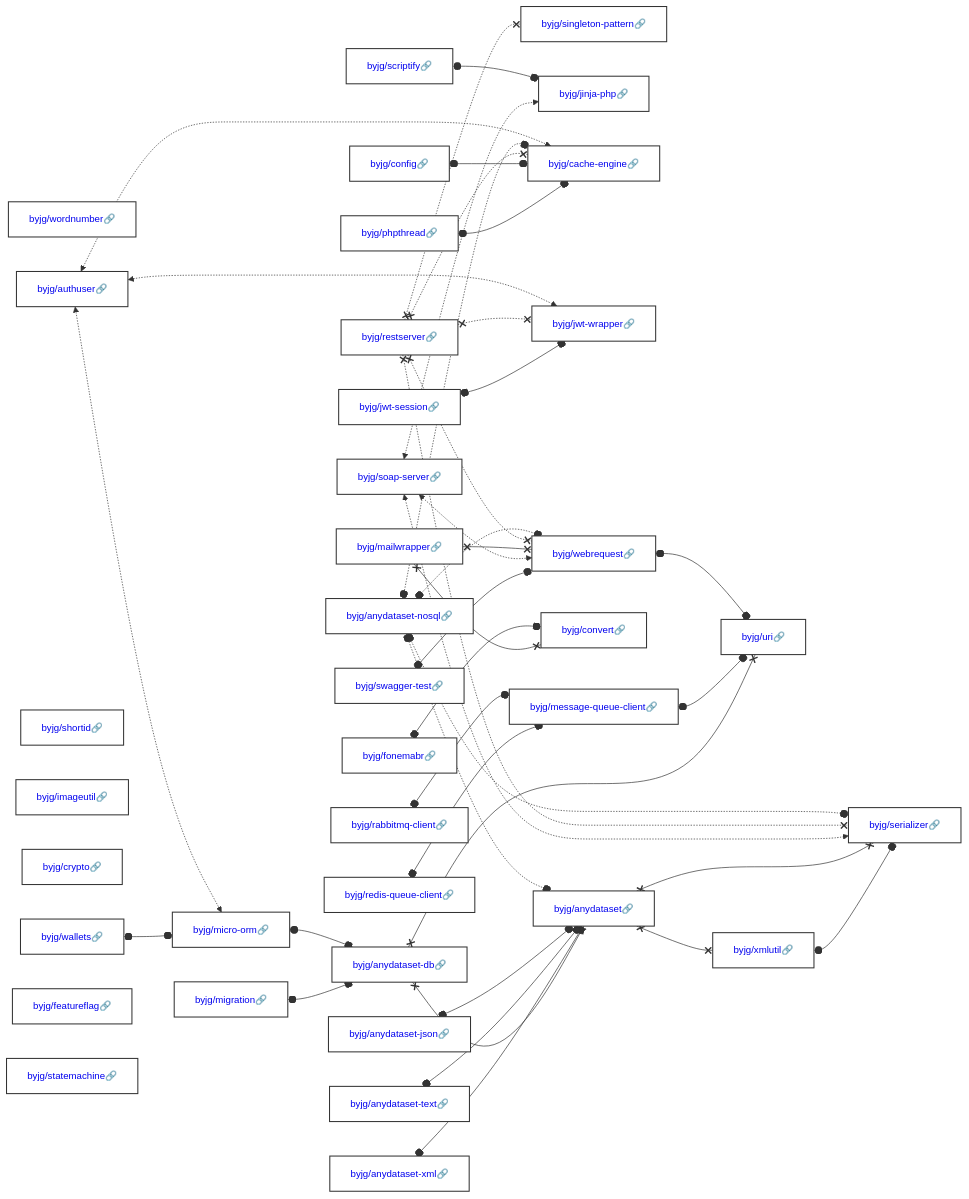
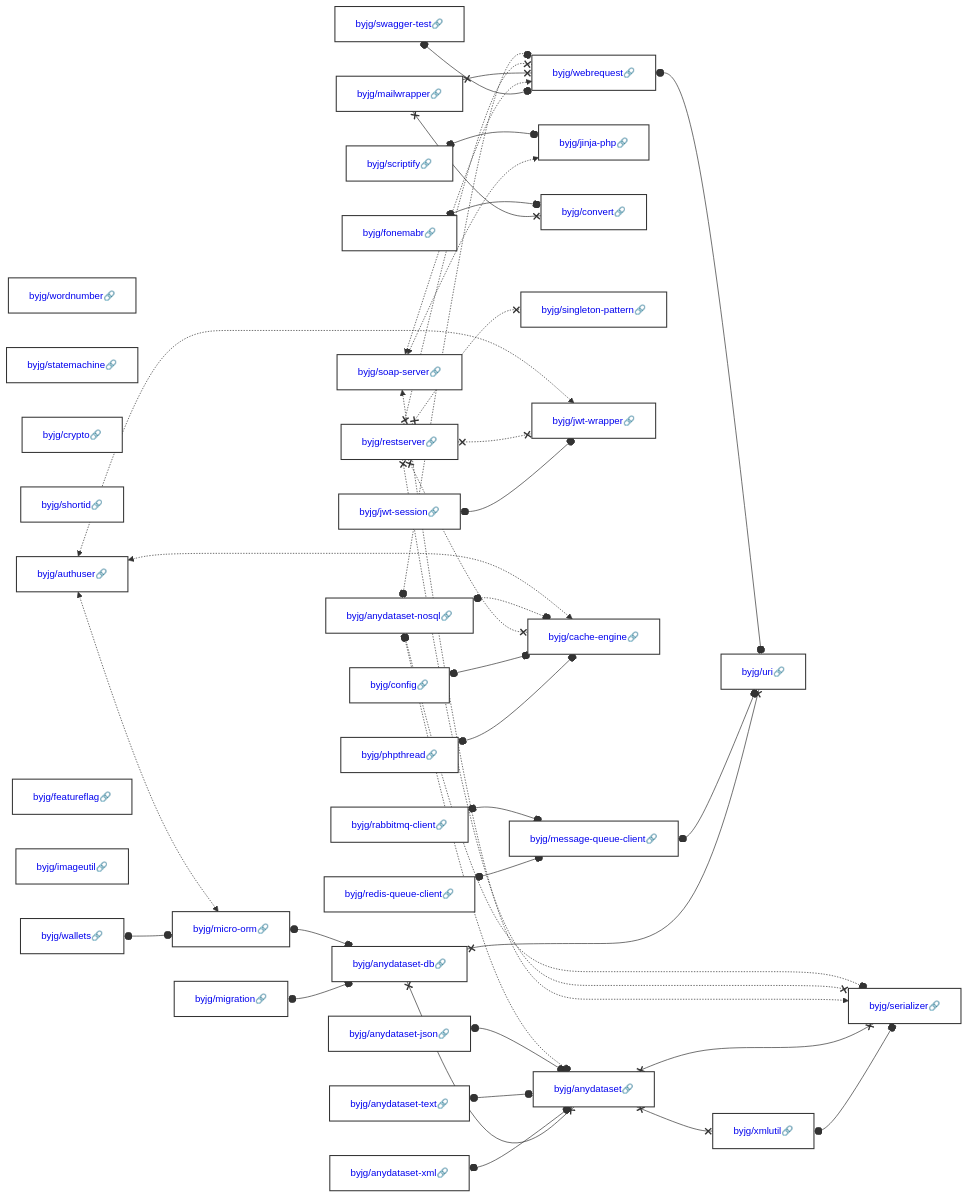
Before and after one commit to byjg/byjg.github.io: the diagram in docs/php/README.md, drawn with Mermaid. The commit also changed other lines of this file, not shown here.

Commit message:
Update documentation 'php' 'php-serializer'

````diff
--- a/docs/php/README.md
+++ b/docs/php/README.md
@@ -3,37 +3,37 @@
 ```mermaid
 graph LR;
+  byjg/wordnumber[<a href='https://opensource.byjg.com/docs/php/wordnumber' style='text-decoration:none'>byjg/wordnumber🔗</a>];
+  byjg/anydataset-nosql[<a href='https://opensource.byjg.com/docs/php/anydataset-nosql' style='text-decoration:none'>byjg/anydataset-nosql🔗</a>];
+  byjg/redis-queue-client[<a href='https://opensource.byjg.com/docs/php/redis-queue-client' style='text-decoration:none'>byjg/redis-queue-client🔗</a>];
+  byjg/soap-server[<a href='https://opensource.byjg.com/docs/php/soap-server' style='text-decoration:none'>byjg/soap-server🔗</a>];
+  byjg/statemachine[<a href='https://opensource.byjg.com/docs/php/statemachine' style='text-decoration:none'>byjg/statemachine🔗</a>];
+  byjg/crypto[<a href='https://opensource.byjg.com/docs/php/crypto' style='text-decoration:none'>byjg/crypto🔗</a>];
+  byjg/rabbitmq-client[<a href='https://opensource.byjg.com/docs/php/rabbitmq-client' style='text-decoration:none'>byjg/rabbitmq-client🔗</a>];
   byjg/scriptify[<a href='https://opensource.byjg.com/docs/php/scriptify' style='text-decoration:none'>byjg/scriptify🔗</a>];
+  byjg/shortid[<a href='https://opensource.byjg.com/docs/php/shortid' style='text-decoration:none'>byjg/shortid🔗</a>];
+  byjg/mailwrapper[<a href='https://opensource.byjg.com/docs/php/mailwrapper' style='text-decoration:none'>byjg/mailwrapper🔗</a>];
+  byjg/anydataset-json[<a href='https://opensource.byjg.com/docs/php/anydataset-json' style='text-decoration:none'>byjg/anydataset-json🔗</a>];
+  byjg/migration[<a href='https://opensource.byjg.com/docs/php/migration' style='text-decoration:none'>byjg/migration🔗</a>];
+  byjg/authuser[<a href='https://opensource.byjg.com/docs/php/authuser' style='text-decoration:none'>byjg/authuser🔗</a>];
+  byjg/anydataset-text[<a href='https://opensource.byjg.com/docs/php/anydataset-text' style='text-decoration:none'>byjg/anydataset-text🔗</a>];
+  byjg/fonemabr[<a href='https://opensource.byjg.com/docs/php/fonemabr' style='text-decoration:none'>byjg/fonemabr🔗</a>];
+  byjg/featureflag[<a href='https://opensource.byjg.com/docs/php/featureflag' style='text-decoration:none'>byjg/featureflag🔗</a>];
   byjg/restserver[<a href='https://opensource.byjg.com/docs/php/restserver' style='text-decoration:none'>byjg/restserver🔗</a>];
-  byjg/anydataset-json[<a href='https://opensource.byjg.com/docs/php/anydataset-json' style='text-decoration:none'>byjg/anydataset-json🔗</a>];
-  byjg/rabbitmq-client[<a href='https://opensource.byjg.com/docs/php/rabbitmq-client' style='text-decoration:none'>byjg/rabbitmq-client🔗</a>];
-  byjg/anydataset-text[<a href='https://opensource.byjg.com/docs/php/anydataset-text' style='text-decoration:none'>byjg/anydataset-text🔗</a>];
+  byjg/jwt-session[<a href='https://opensource.byjg.com/docs/php/jwt-session' style='text-decoration:none'>byjg/jwt-session🔗</a>];
+  byjg/imageutil[<a href='https://opensource.byjg.com/docs/php/imageutil' style='text-decoration:none'>byjg/imageutil🔗</a>];
   byjg/phpthread[<a href='https://opensource.byjg.com/docs/php/phpthread' style='text-decoration:none'>byjg/phpthread🔗</a>];
-  byjg/anydataset-xml[<a href='https://opensource.byjg.com/docs/php/anydataset-xml' style='text-decoration:none'>byjg/anydataset-xml🔗</a>];
-  byjg/wordnumber[<a href='https://opensource.byjg.com/docs/php/wordnumber' style='text-decoration:none'>byjg/wordnumber🔗</a>];
   byjg/config[<a href='https://opensource.byjg.com/docs/php/config' style='text-decoration:none'>byjg/config🔗</a>];
   byjg/swagger-test[<a href='https://opensource.byjg.com/docs/php/swagger-test' style='text-decoration:none'>byjg/swagger-test🔗</a>];
+  byjg/anydataset-xml[<a href='https://opensource.byjg.com/docs/php/anydataset-xml' style='text-decoration:none'>byjg/anydataset-xml🔗</a>];
   byjg/wallets[<a href='https://opensource.byjg.com/docs/php/wallets' style='text-decoration:none'>byjg/wallets🔗</a>];
-  byjg/shortid[<a href='https://opensource.byjg.com/docs/php/shortid' style='text-decoration:none'>byjg/shortid🔗</a>];
-  byjg/imageutil[<a href='https://opensource.byjg.com/docs/php/imageutil' style='text-decoration:none'>byjg/imageutil🔗</a>];
-  byjg/soap-server[<a href='https://opensource.byjg.com/docs/php/soap-server' style='text-decoration:none'>byjg/soap-server🔗</a>];
-  byjg/anydataset-nosql[<a href='https://opensource.byjg.com/docs/php/anydataset-nosql' style='text-decoration:none'>byjg/anydataset-nosql🔗</a>];
-  byjg/crypto[<a href='https://opensource.byjg.com/docs/php/crypto' style='text-decoration:none'>byjg/crypto🔗</a>];
-  byjg/fonemabr[<a href='https://opensource.byjg.com/docs/php/fonemabr' style='text-decoration:none'>byjg/fonemabr🔗</a>];
-  byjg/migration[<a href='https://opensource.byjg.com/docs/php/migration' style='text-decoration:none'>byjg/migration🔗</a>];
-  byjg/authuser[<a href='https://opensource.byjg.com/docs/php/authuser' style='text-decoration:none'>byjg/authuser🔗</a>];
-  byjg/jwt-session[<a href='https://opensource.byjg.com/docs/php/jwt-session' style='text-decoration:none'>byjg/jwt-session🔗</a>];
-  byjg/featureflag[<a href='https://opensource.byjg.com/docs/php/featureflag' style='text-decoration:none'>byjg/featureflag🔗</a>];
-  byjg/statemachine[<a href='https://opensource.byjg.com/docs/php/statemachine' style='text-decoration:none'>byjg/statemachine🔗</a>];
-  byjg/redis-queue-client[<a href='https://opensource.byjg.com/docs/php/redis-queue-client' style='text-decoration:none'>byjg/redis-queue-client🔗</a>];
-  byjg/mailwrapper[<a href='https://opensource.byjg.com/docs/php/mailwrapper' style='text-decoration:none'>byjg/mailwrapper🔗</a>];
+  byjg/message-queue-client[<a href='https://opensource.byjg.com/docs/php/message-queue-client' style='text-decoration:none'>byjg/message-queue-client🔗</a>];
+  byjg/jinja-php[<a href='https://opensource.byjg.com/docs/php/jinja-php' style='text-decoration:none'>byjg/jinja-php🔗</a>];
+  byjg/convert[<a href='https://opensource.byjg.com/docs/php/convert' style='text-decoration:none'>byjg/convert🔗</a>];
   byjg/singleton-pattern[<a href='https://opensource.byjg.com/docs/php/singleton-pattern' style='text-decoration:none'>byjg/singleton-pattern🔗</a>];
-  byjg/jinja-php[<a href='https://opensource.byjg.com/docs/php/jinja-php' style='text-decoration:none'>byjg/jinja-php🔗</a>];
+  byjg/jwt-wrapper[<a href='https://opensource.byjg.com/docs/php/jwt-wrapper' style='text-decoration:none'>byjg/jwt-wrapper🔗</a>];
+  byjg/cache-engine[<a href='https://opensource.byjg.com/docs/php/cache-engine' style='text-decoration:none'>byjg/cache-engine🔗</a>];
+  byjg/webrequest[<a href='https://opensource.byjg.com/docs/php/webrequest' style='text-decoration:none'>byjg/webrequest🔗</a>];
   byjg/micro-orm[<a href='https://opensource.byjg.com/docs/php/micro-orm' style='text-decoration:none'>byjg/micro-orm🔗</a>];
-  byjg/cache-engine[<a href='https://opensource.byjg.com/docs/php/cache-engine' style='text-decoration:none'>byjg/cache-engine🔗</a>];
-  byjg/jwt-wrapper[<a href='https://opensource.byjg.com/docs/php/jwt-wrapper' style='text-decoration:none'>byjg/jwt-wrapper🔗</a>];
-  byjg/message-queue-client[<a href='https://opensource.byjg.com/docs/php/message-queue-client' style='text-decoration:none'>byjg/message-queue-client🔗</a>];
-  byjg/convert[<a href='https://opensource.byjg.com/docs/php/convert' style='text-decoration:none'>byjg/convert🔗</a>];
-  byjg/webrequest[<a href='https://opensource.byjg.com/docs/php/webrequest' style='text-decoration:none'>byjg/webrequest🔗</a>];
   byjg/anydataset-db[<a href='https://opensource.byjg.com/docs/php/anydataset-db' style='text-decoration:none'>byjg/anydataset-db🔗</a>];
   byjg/anydataset[<a href='https://opensource.byjg.com/docs/php/anydataset' style='text-decoration:none'>byjg/anydataset🔗</a>];
   byjg/uri[<a href='https://opensource.byjg.com/docs/php/uri' style='text-decoration:none'>byjg/uri🔗</a>];
````
